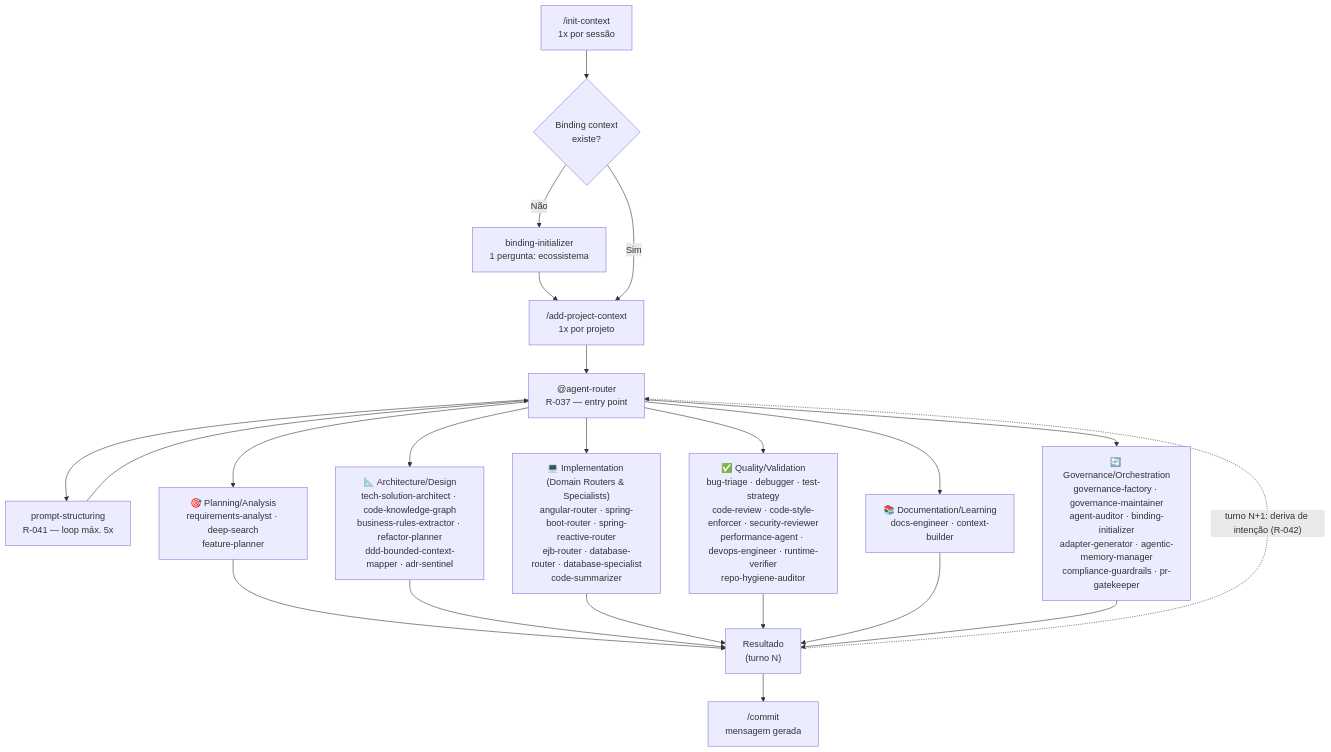
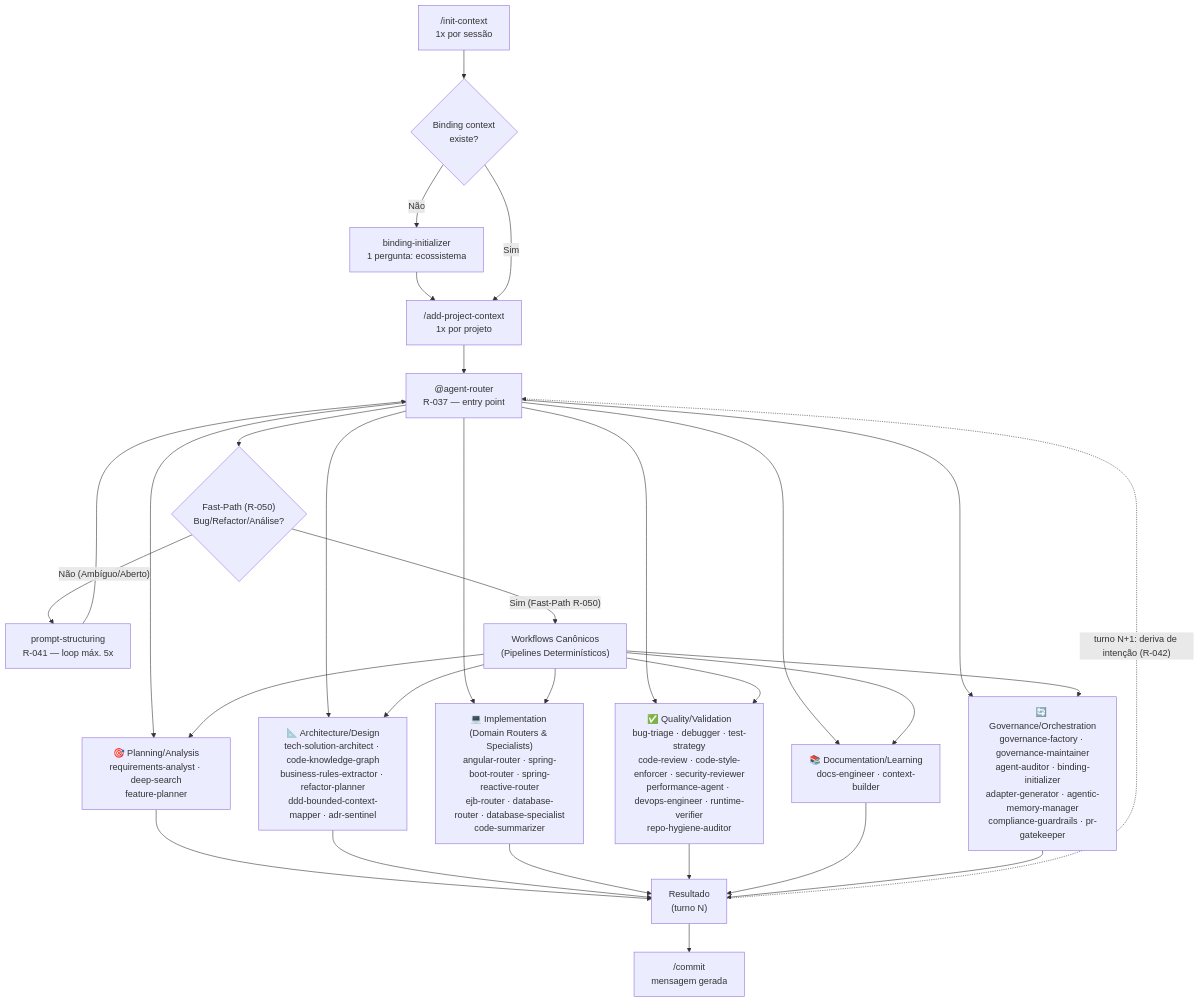
Before and after one commit to jezreel8858/deep-agents-copilot: the first of 2 diagrams in README.md, drawn with Mermaid. The commit also changed 10 other files, not shown here.

````diff
--- a/README.md
+++ b/README.md
@@ -106,21 +106,23 @@
 ```mermaid
 flowchart TD
     A["/init-context\n1x por sessão"] --> B{Binding context\nexiste?}
     B -- Não --> C["binding-initializer\n1 pergunta: ecossistema"]
     C --> D["/add-project-context\n1x por projeto"]
     B -- Sim --> D
     D --> E["@agent-router\nR-037 — entry point"]
-    E --> P["prompt-structuring\nR-041 — loop máx. 5x"]
+    E --> FP{"Fast-Path (R-050)\nBug/Refactor/Análise?"}
+    FP -- "Não (Ambíguo/Aberto)" --> P["prompt-structuring\nR-041 — loop máx. 5x"]
     P --> E
+    FP -- "Sim (Fast-Path R-050)" --> WF["Workflows Canônicos\n(Pipelines Determinísticos)"]
 
-    E --> G1["🎯 Planning/Analysis\nrequirements-analyst · deep-search\nfeature-planner"]
-    E --> G2["📐 Architecture/Design\ntech-solution-architect · code-knowledge-graph\nbusiness-rules-extractor · refactor-planner\nddd-bounded-context-mapper · adr-sentinel"]
-    E --> G3["💻 Implementation (Domain Routers & Specialists)\nangular-router · spring-boot-router · spring-reactive-router\nejb-router · database-router · database-specialist\ncode-summarizer"]
-    E --> G4["✅ Quality/Validation\nbug-triage · debugger · test-strategy\ncode-review · code-style-enforcer · security-reviewer\nperformance-agent · devops-engineer · runtime-verifier\nrepo-hygiene-auditor"]
-    E --> G5["📚 Documentation/Learning\ndocs-engineer · context-builder"]
-    E --> G6["🔄 Governance/Orchestration\ngovernance-factory · governance-maintainer\nagent-auditor · binding-initializer\nadapter-generator · agentic-memory-manager\ncompliance-guardrails · pr-gatekeeper"]
+    E & WF --> G1["🎯 Planning/Analysis\nrequirements-analyst · deep-search\nfeature-planner"]
+    E & WF --> G2["📐 Architecture/Design\ntech-solution-architect · code-knowledge-graph\nbusiness-rules-extractor · refactor-planner\nddd-bounded-context-mapper · adr-sentinel"]
+    E & WF --> G3["💻 Implementation (Domain Routers & Specialists)\nangular-router · spring-boot-router · spring-reactive-router\nejb-router · database-router · database-specialist\ncode-summarizer"]
+    E & WF --> G4["✅ Quality/Validation\nbug-triage · debugger · test-strategy\ncode-review · code-style-enforcer · security-reviewer\nperformance-agent · devops-engineer · runtime-verifier\nrepo-hygiene-auditor"]
+    E & WF --> G5["📚 Documentation/Learning\ndocs-engineer · context-builder"]
+    E & WF --> G6["🔄 Governance/Orchestration\ngovernance-factory · governance-maintainer\nagent-auditor · binding-initializer\nadapter-generator · agentic-memory-manager\ncompliance-guardrails · pr-gatekeeper"]
 
     G1 & G2 & G3 & G4 & G5 & G6 --> K["Resultado\n(turno N)"]
     K --> L["/commit\nmensagem gerada"]
     K -.->|"turno N+1: deriva de intenção (R-042)"| E
 ```
````
